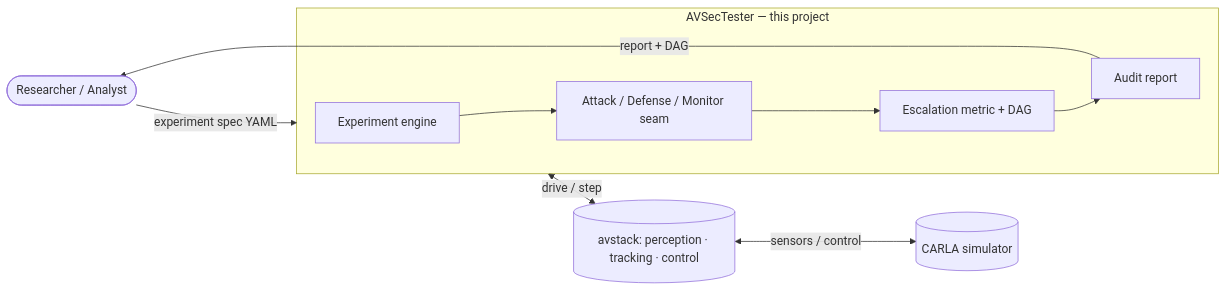
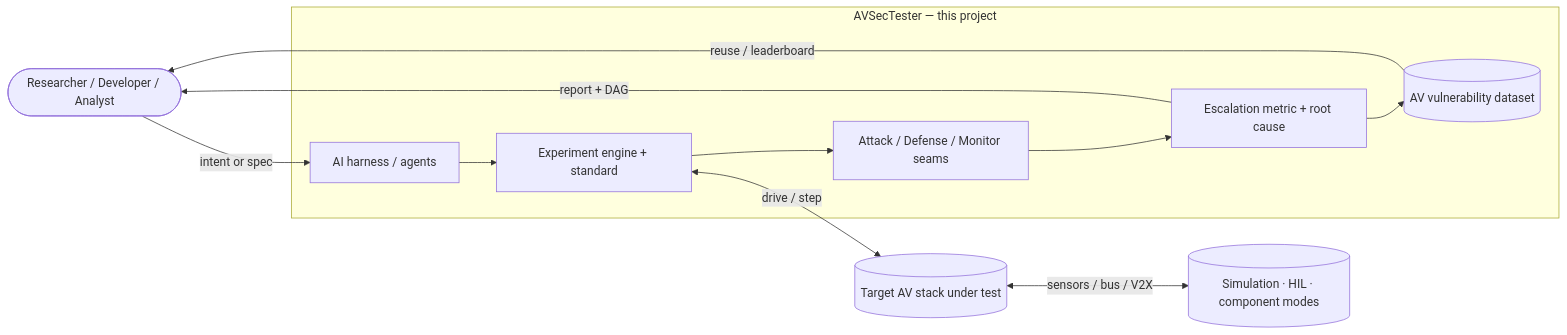
Before and after one commit to AVSecProject/AVSecTester: the first of 2 diagrams in docs/PROJECT.md, drawn with Mermaid. The commit also changed other lines of this file and 2 other files, not shown here.

First line of the commit message:
docs: rewrite PROJECT.md around unified vision (three gaps, four commitments, multi-mode + AI harness + vuln dataset)

````diff
--- a/docs/PROJECT.md
+++ b/docs/PROJECT.md
@@ -77,14 +139,18 @@
 ```mermaid
 flowchart LR
-    user([Researcher / Analyst]) -->|experiment spec YAML| AVS
+    user([Researcher / Developer / Analyst])
+    user -->|intent or spec| HARNESS
     subgraph AVS[AVSecTester — this project]
-        ENG[Experiment engine]
-        HK[Attack / Defense / Monitor seam]
-        MET[Escalation metric + DAG]
-        REP[Audit report]
-        ENG --> HK --> MET --> REP
+        HARNESS[AI harness / agents]
+        ENG[Experiment engine + standard]
+        SEAM[Attack / Defense / Monitor seams]
+        MET[Escalation metric + root cause]
+        DB[(AV vulnerability dataset)]
+        HARNESS --> ENG --> SEAM --> MET
+        MET --> DB
     end
-    AVS <-->|drive / step| AVSTACK[(avstack: perception · tracking · control)]
-    AVSTACK <-->|sensors / control| CARLA[(CARLA simulator)]
-    REP -->|report + DAG| user
+    ENG <-->|drive / step| TARGET[(Target AV stack under test)]
+    TARGET <-->|sensors / bus / V2X| ENVS[(Simulation · HIL · component modes)]
+    MET -->|report + DAG| user
+    DB -->|reuse / leaderboard| user
 ```
````
